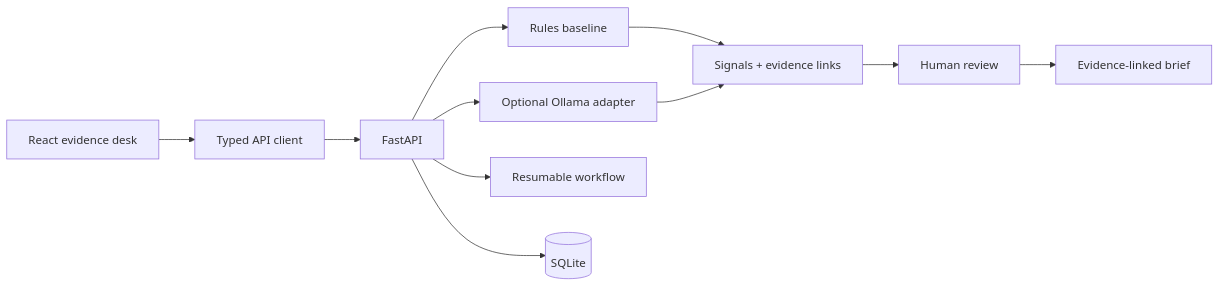
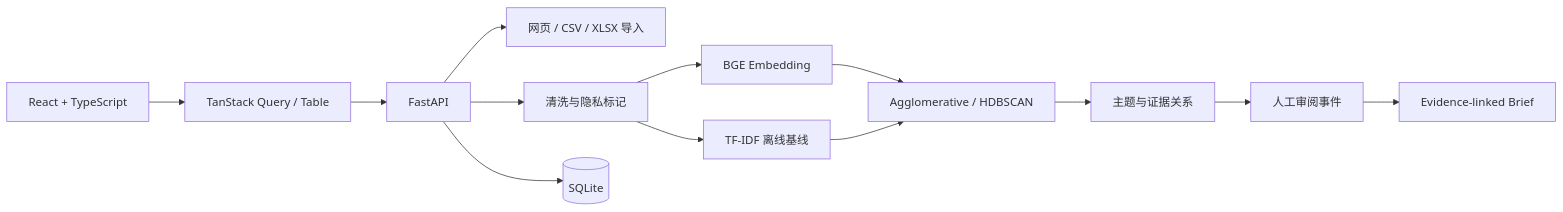
The diagram in README.md (a2740637809-rgb/contentproof-ai), drawn with Mermaid before and after one commit. The commit also changed other lines of this file and 14 other files, not shown here.

````diff
--- a/README.md
+++ b/README.md
@@ -58,13 +115,15 @@
 ```mermaid
 flowchart LR
-    A["React evidence desk"] --> B["Typed API client"]
+    A["React + TypeScript"] --> B["TanStack Query / Table"]
     B --> C["FastAPI"]
-    C --> D["Rules baseline"]
-    C --> E["Optional Ollama adapter"]
-    C --> F["Resumable workflow"]
-    D --> G["Signals + evidence links"]
-    E --> G
-    G --> H["Human review"]
-    H --> I["Evidence-linked brief"]
-    C --> J[("SQLite")]
+    C --> D["网页 / CSV / XLSX 导入"]
+    C --> E["清洗与隐私标记"]
+    E --> F["BGE Embedding"]
+    E --> G["TF-IDF 离线基线"]
+    F --> H["Agglomerative / HDBSCAN"]
+    G --> H
+    H --> I["主题与证据关系"]
+    I --> J["人工审阅事件"]
+    J --> K["Evidence-linked Brief"]
+    C --> L[("SQLite")]
 ```
````
